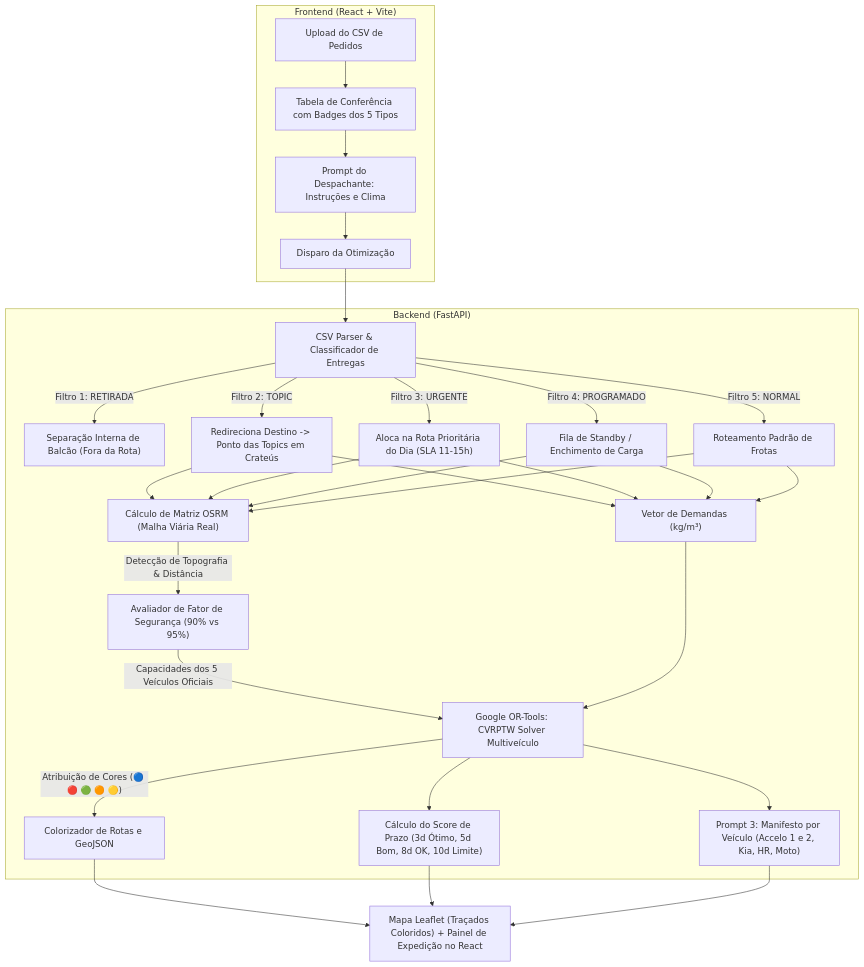
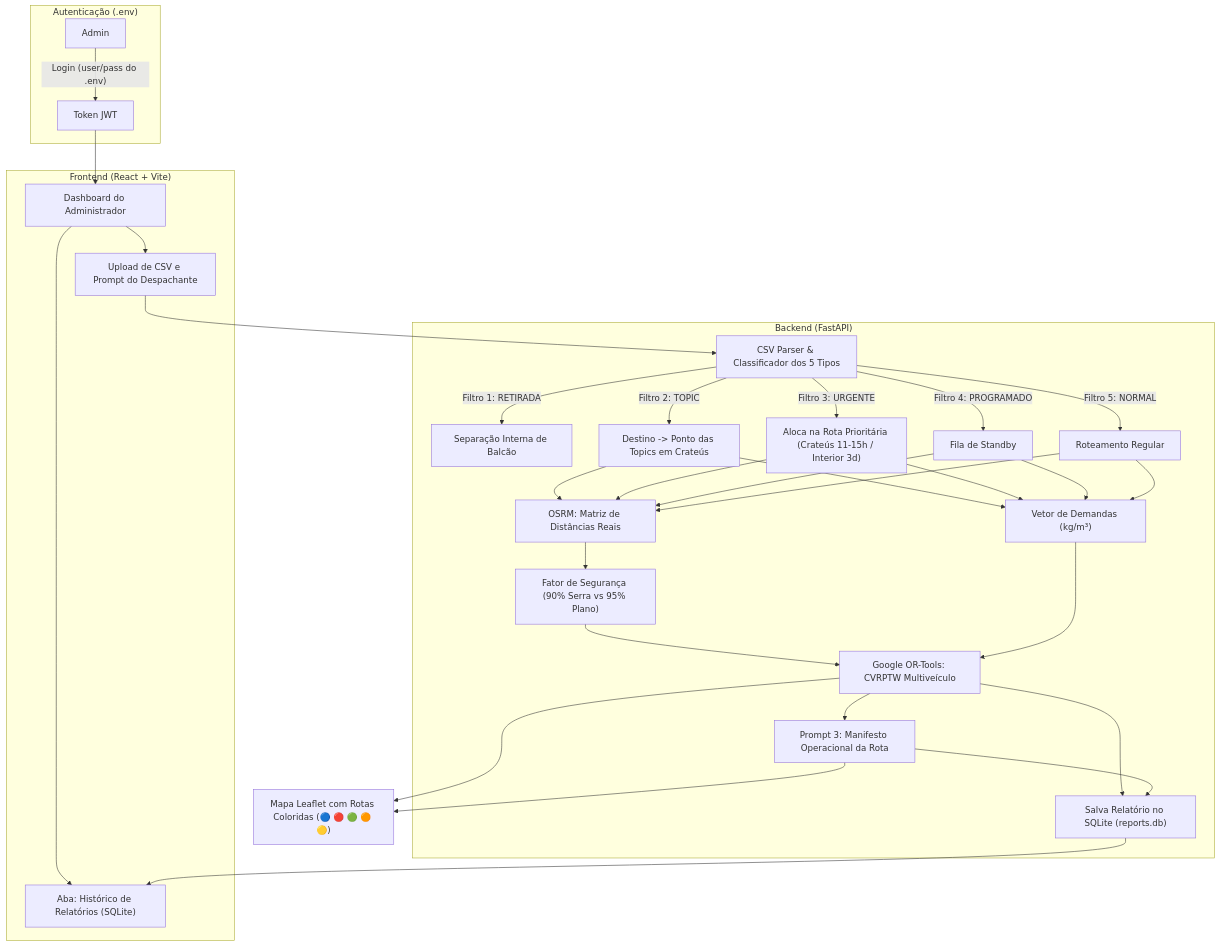
Before and after one commit to luisgbr1el/hackaton26-projeto: the diagram in PLANO_IMPLEMENTACAO_ORTOOLS.md, drawn with Mermaid. The commit also changed other lines of this file, not shown here.

````diff
--- a/PLANO_IMPLEMENTACAO_ORTOOLS.md
+++ b/PLANO_IMPLEMENTACAO_ORTOOLS.md
@@ -68,31 +121,34 @@
 ```mermaid
 flowchart TD
+    subgraph Auth ["Autenticação (.env)"]
+        User["Admin"] -->|"Login (user/pass do .env)"| Token["Token JWT"]
+    end
+
     subgraph Frontend ["Frontend (React + Vite)"]
-        A["Upload do CSV de Pedidos"] --> B["Tabela de Conferência com Badges dos 5 Tipos"]
-        B --> C["Prompt do Despachante: Instruções e Clima"]
-        C --> D["Disparo da Otimização"]
+        Token --> Dash["Dashboard do Administrador"]
+        Dash --> Up["Upload de CSV e Prompt do Despachante"]
+        Dash --> Hist["Aba: Histórico de Relatórios (SQLite)"]
     end
 
     subgraph Backend ["Backend (FastAPI)"]
-        D --> E["CSV Parser & Classificador de Entregas"]
+        Up --> Parser["CSV Parser & Classificador dos 5 Tipos"]
         
-        E -->|"Filtro 1: RETIRADA"| F1["Separação Interna de Balcão (Fora da Rota)"]
-        E -->|"Filtro 2: TOPIC"| F2["Redireciona Destino -> Ponto das Topics em Crateús"]
-        E -->|"Filtro 3: URGENTE"| F3["Aloca na Rota Prioritária do Dia (SLA 11-15h)"]
-        E -->|"Filtro 4: PROGRAMADO"| F4["Fila de Standby / Enchimento de Carga"]
-        E -->|"Filtro 5: NORMAL"| F5["Roteamento Padrão de Frotas"]
+        Parser -->|"Filtro 1: RETIRADA"| F1["Separação Interna de Balcão"]
+        Parser -->|"Filtro 2: TOPIC"| F2["Destino -> Ponto das Topics em Crateús"]
+        Parser -->|"Filtro 3: URGENTE"| F3["Aloca na Rota Prioritária (Crateús 11-15h / Interior 3d)"]
+        Parser -->|"Filtro 4: PROGRAMADO"| F4["Fila de Standby"]
+        Parser -->|"Filtro 5: NORMAL"| F5["Roteamento Regular"]
         
-        F2 & F3 & F4 & F5 --> G["Cálculo de Matriz OSRM (Malha Viária Real)"]
-        F2 & F3 & F4 & F5 --> H["Vetor de Demandas (kg/m³)"]
+        F2 & F3 & F4 & F5 --> OSRM["OSRM: Matriz de Distâncias Reais"]
+        F2 & F3 & F4 & F5 --> Demands["Vetor de Demandas (kg/m³)"]
         
-        G -->|"Detecção de Topografia & Distância"| S["Avaliador de Fator de Segurança (90% vs 95%)"]
-        S -->|"Capacidades dos 5 Veículos Oficiais"| I["Google OR-Tools: CVRPTW Solver Multiveículo"]
-        H --> I
+        OSRM --> Safety["Fator de Segurança (90% Serra vs 95% Plano)"]
+        Safety & Demands --> ORTools["Google OR-Tools: CVRPTW Multiveículo"]
         
-        I -->|"Atribuição de Cores (🔵 🔴 🟢 🟠 🟡)"| K["Colorizador de Rotas e GeoJSON"]
-        I --> J["Cálculo do Score de Prazo (3d Ótimo, 5d Bom, 8d OK, 10d Limite)"]
-        I --> M["Prompt 3: Manifesto por Veículo (Accelo 1 e 2, Kia, HR, Moto)"]
+        ORTools --> LLM["Prompt 3: Manifesto Operacional da Rota"]
+        ORTools & LLM --> DB["Salva Relatório no SQLite (reports.db)"]
     end
 
-    K & J & M --> L["Mapa Leaflet (Traçados Coloridos) + Painel de Expedição no React"]
+    DB --> Hist
+    ORTools & LLM --> Map["Mapa Leaflet com Rotas Coloridas (🔵 🔴 🟢 🟠 🟡)"]
 ```
````
